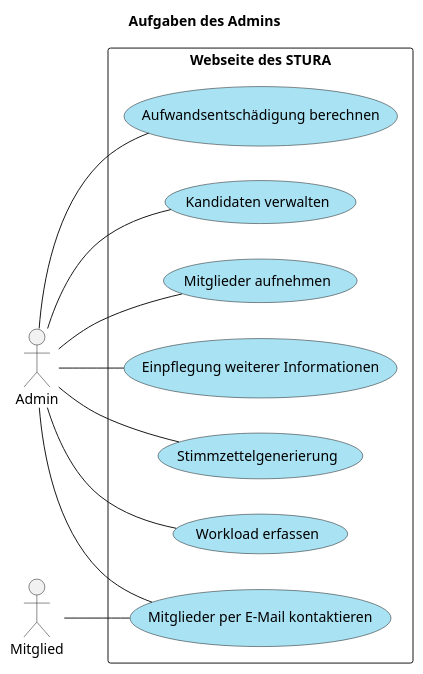
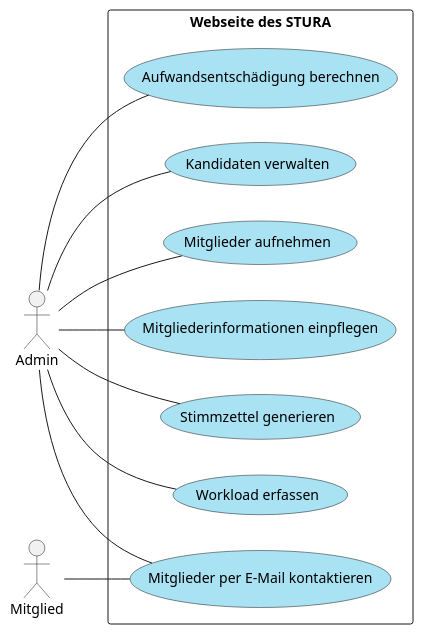
One commit to ManuelaZiesche/SE-RE-I4 changed the diagram in docs/requirements/plantuml/diagramm_use_case-model.puml. Above: the diagram before and after it, drawn with PlantUML. The commit also changed 3 other files, not shown here.

```diff
--- a/docs/requirements/plantuml/diagramm_use_case-model.puml
+++ b/docs/requirements/plantuml/diagramm_use_case-model.puml
@@ -2,30 +2,28 @@
 @startuml diagramm_use_case-model
 left to right direction
-
-title  Aufgaben des Admins
 
 actor Admin 
 
 
 rectangle "Webseite des STURA" {
   "Kandidaten verwalten" as (uc01) #A9E2F3
   "Mitglieder aufnehmen" as (uc02) #A9E2F3
-  "Einpflegung weiterer Informationen" as (uc03) #A9E2F3
+  "Mitgliederinformationen einpflegen" as (uc03) #A9E2F3
   "Mitglieder per E-Mail kontaktieren" as (uc04) #A9E2F3
-  "Stimmzettelgenerierung" as (uc05) #A9E2F3
+  "Stimmzettel generieren" as (uc05) #A9E2F3
   "Workload erfassen" as (uc06) #A9E2F3
   "Aufwandsentschädigung berechnen" as (uc07) #A9E2F3
 }
 
 
 Admin -- (uc01)
 Admin -- (uc02)
 Admin -- (uc03)
 Admin -- (uc04)
 Mitglied -- (uc04)
 Admin -- (uc05)
 Admin -- (uc06)
 Admin -- (uc07)
 
 
 @enduml
```
